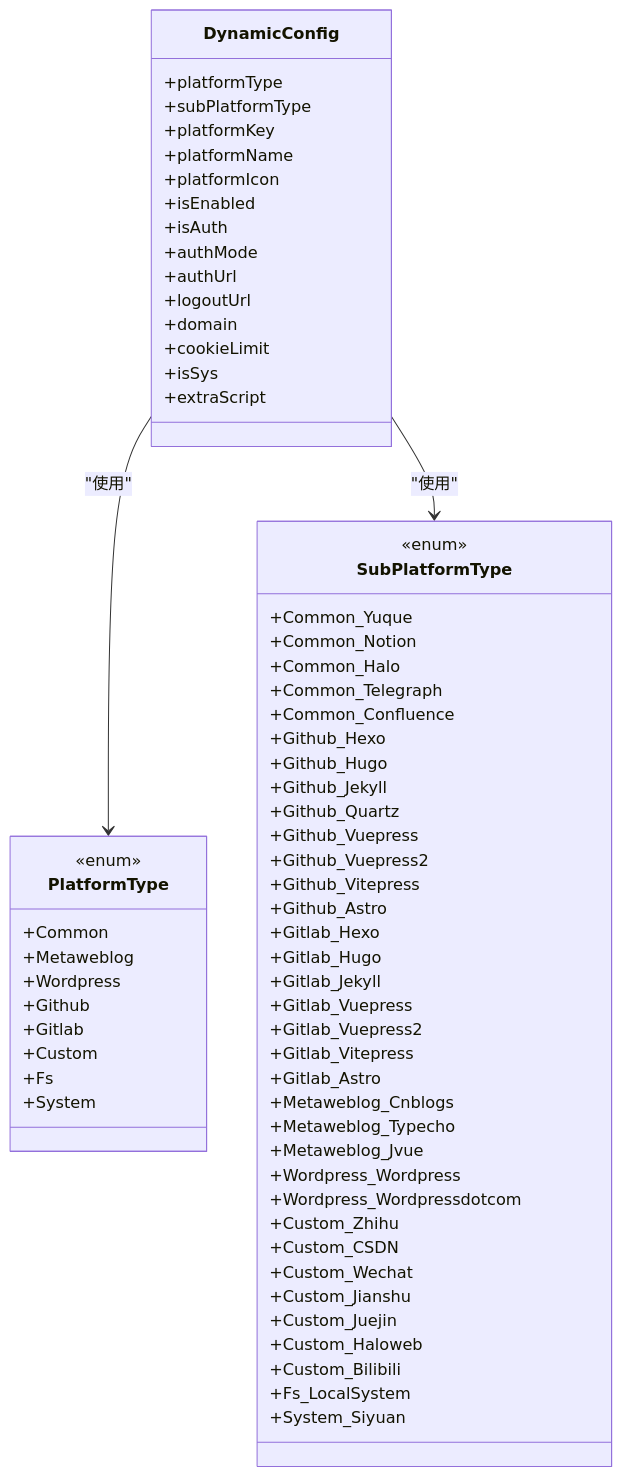
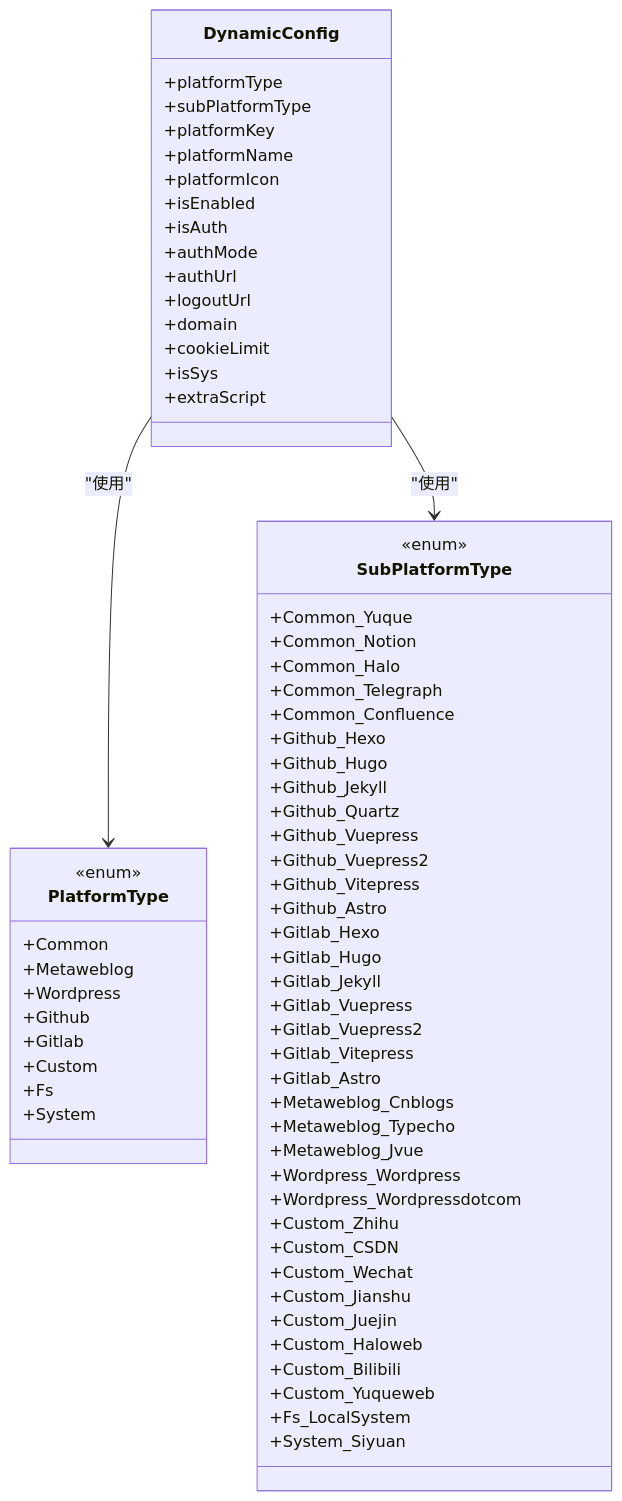
Before and after one commit to terwer/siyuan-plugin-publisher: the second of 3 diagrams in .qoder/repowiki/zh/content/项目概述/支持的平台列表.md, drawn with Mermaid. The commit also changed other lines of this file and 19 other files, not shown here.

````diff
--- a/.qoder/repowiki/zh/content/项目概述/支持的平台列表.md
+++ b/.qoder/repowiki/zh/content/项目概述/支持的平台列表.md
@@ -84,69 +103,70 @@
 ```mermaid
 classDiagram
 class DynamicConfig {
 +platformType
 +subPlatformType
 +platformKey
 +platformName
 +platformIcon
 +isEnabled
 +isAuth
 +authMode
 +authUrl
 +logoutUrl
 +domain
 +cookieLimit
 +isSys
 +extraScript
 }
 class PlatformType {
 <<enum>>
 +Common
 +Metaweblog
 +Wordpress
 +Github
 +Gitlab
 +Custom
 +Fs
 +System
 }
 class SubPlatformType {
 <<enum>>
 +Common_Yuque
 +Common_Notion
 +Common_Halo
 +Common_Telegraph
 +Common_Confluence
 +Github_Hexo
 +Github_Hugo
 +Github_Jekyll
 +Github_Quartz
 +Github_Vuepress
 +Github_Vuepress2
 +Github_Vitepress
 +Github_Astro
 +Gitlab_Hexo
 +Gitlab_Hugo
 +Gitlab_Jekyll
 +Gitlab_Vuepress
 +Gitlab_Vuepress2
 +Gitlab_Vitepress
 +Gitlab_Astro
 +Metaweblog_Cnblogs
 +Metaweblog_Typecho
 +Metaweblog_Jvue
 +Wordpress_Wordpress
 +Wordpress_Wordpressdotcom
 +Custom_Zhihu
 +Custom_CSDN
 +Custom_Wechat
 +Custom_Jianshu
 +Custom_Juejin
 +Custom_Haloweb
 +Custom_Bilibili
++Custom_Yuqueweb
 +Fs_LocalSystem
 +System_Siyuan
 }
 DynamicConfig --> PlatformType : "使用"
 DynamicConfig --> SubPlatformType : "使用"
 ```
````
